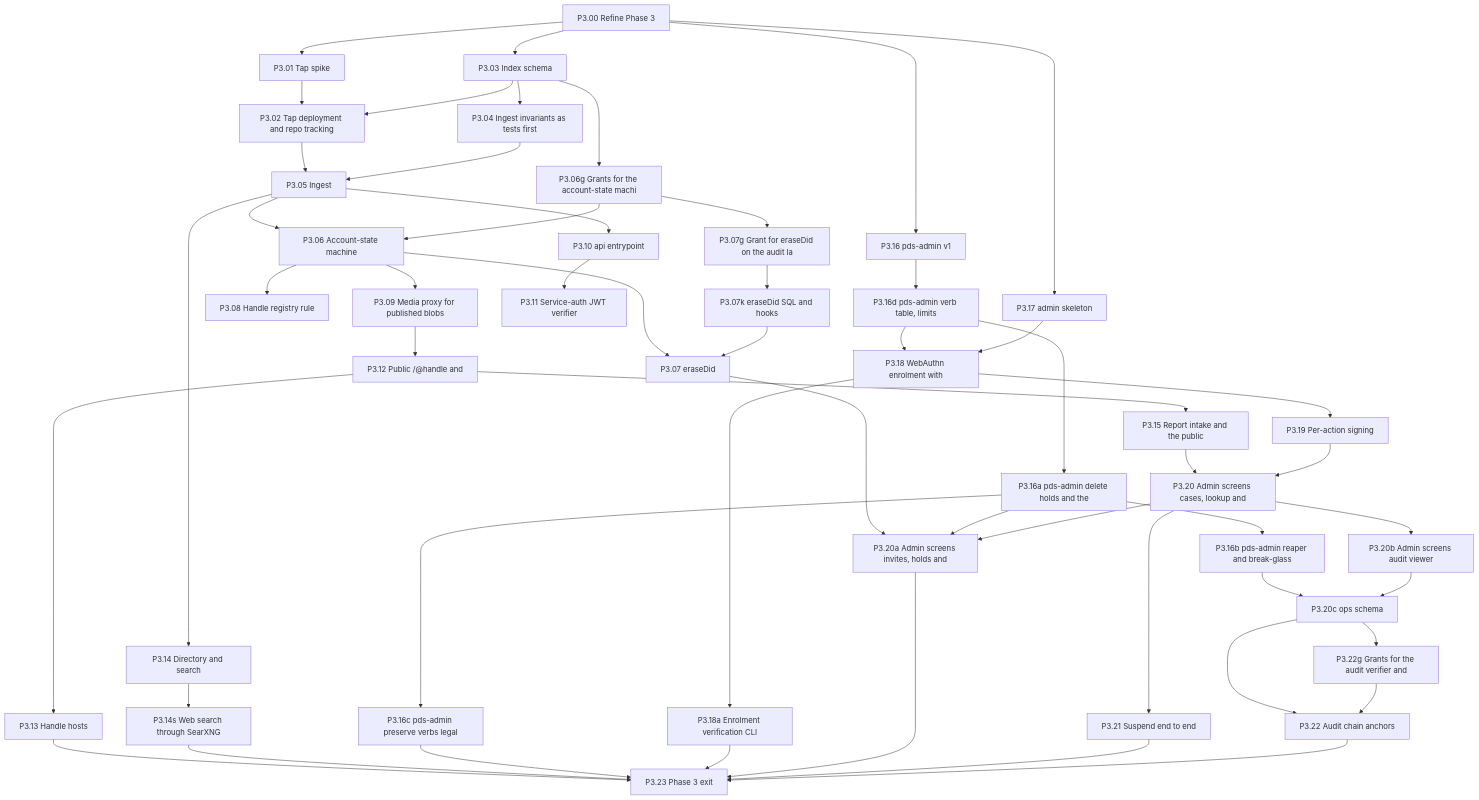
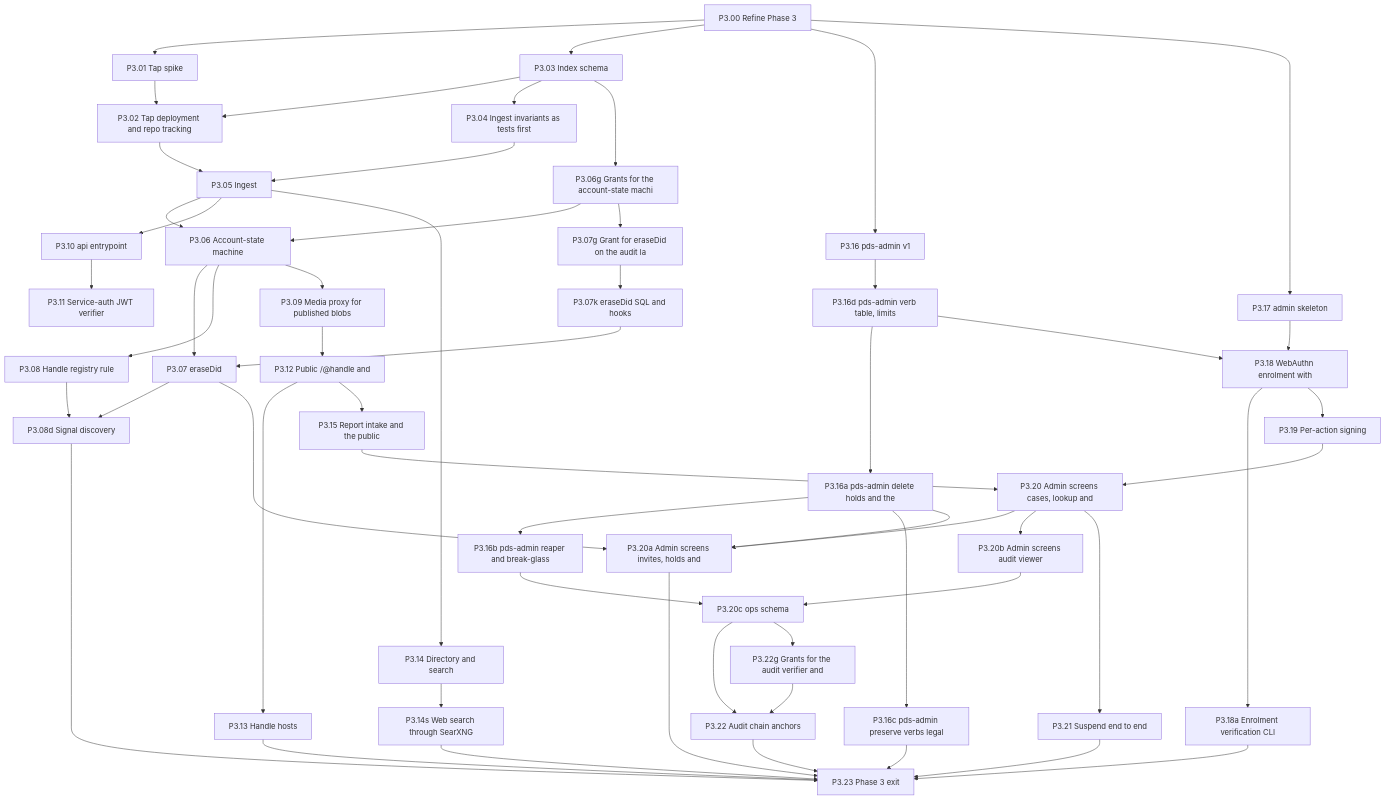
The sixth of 11 diagrams in docs/ai/book/01-outline.md (Undefined6799/unset), drawn with Mermaid before and after one commit. The commit also changed other lines of this file and 5 other files, not shown here.

First line of the commit message:
P0.09 Move signal discovery to its own step P3.08d

```diff
--- a/docs/ai/book/01-outline.md
+++ b/docs/ai/book/01-outline.md
@@ -1677,6 +1678,7 @@
   P3_07k["P3.07k eraseDid SQL and hooks"]
   P3_07g["P3.07g Grant for eraseDid on the audit la"]
   P3_08["P3.08 Handle registry rule"]
+  P3_08d["P3.08d Signal discovery"]
   P3_09["P3.09 Media proxy for published blobs"]
   P3_10["P3.10 api entrypoint"]
   P3_11["P3.11 Service-auth JWT verifier"]
@@ -1712,6 +1714,9 @@
   P3_05 --> P3_06
   P3_06 --> P3_07
   P3_06 --> P3_08
+  P3_08 --> P3_08d
+  P3_07 --> P3_08d
+  P3_08d --> P3_23
   P3_06 --> P3_09
   P3_05 --> P3_10
   P3_10 --> P3_11
```
